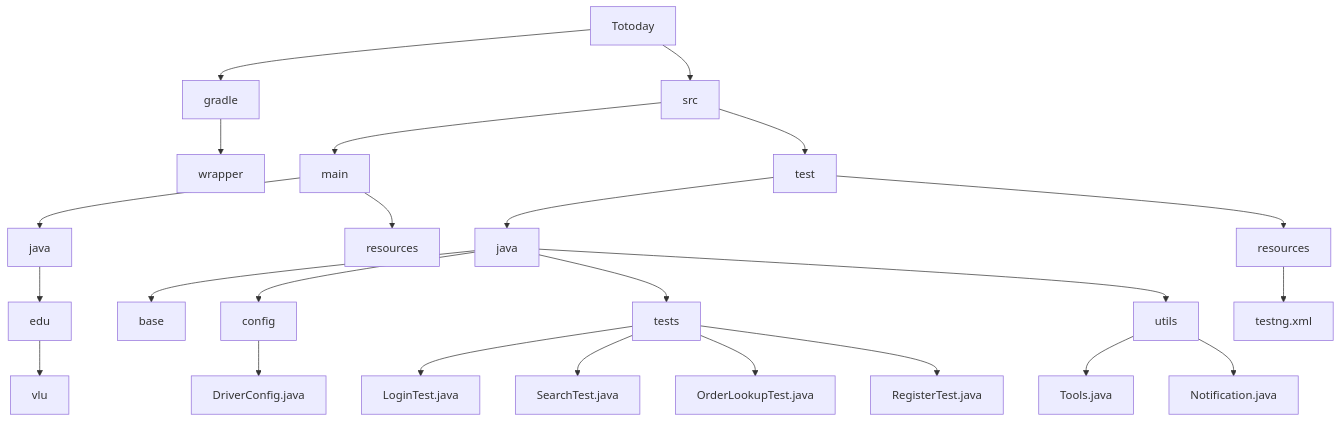
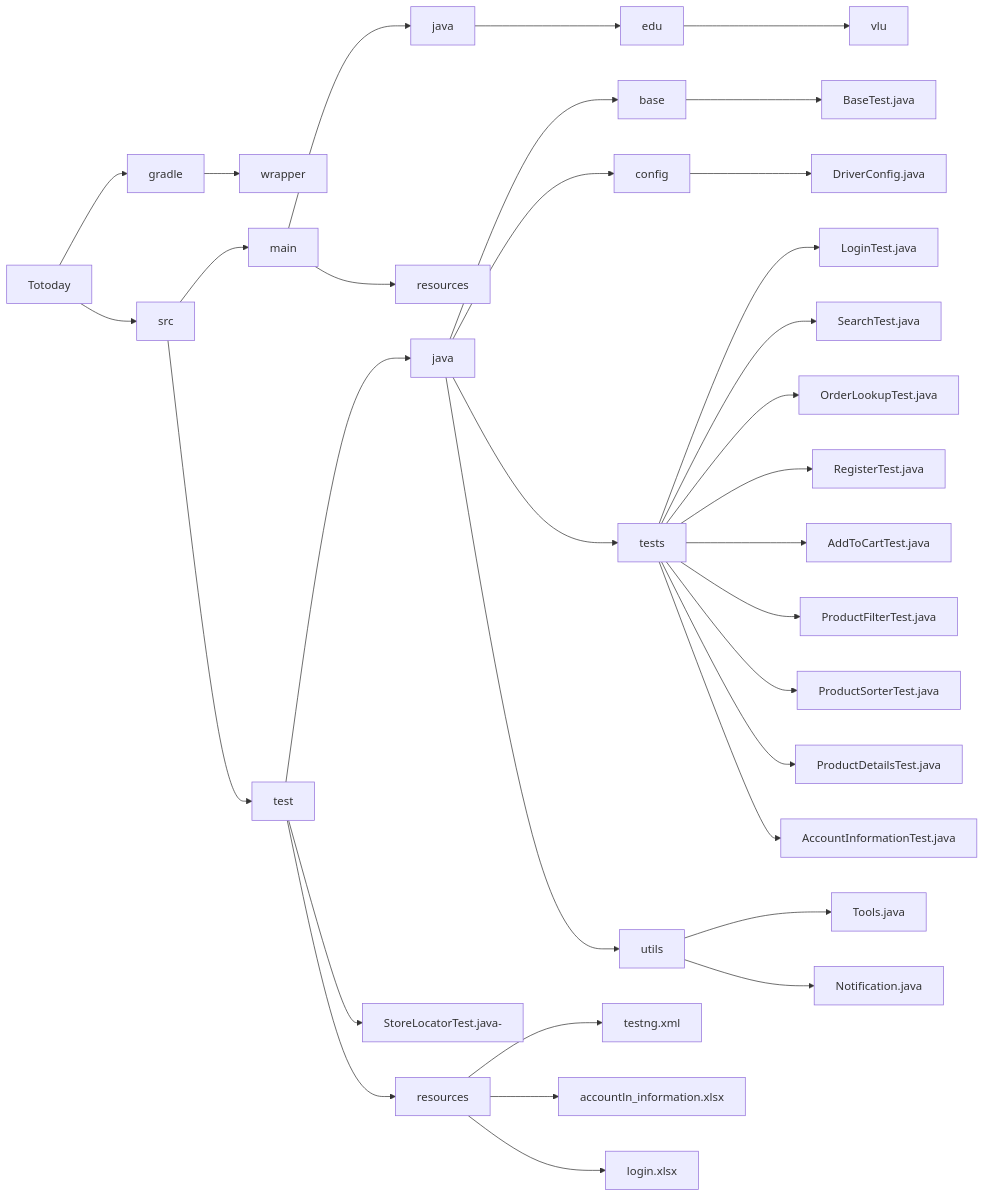
One commit to shinki04/TotodayWebTesting changed the diagram in README.md. Above: the diagram before and after it, drawn with Mermaid. The commit also changed other lines of this file, not shown here.

````diff
--- a/README.md
+++ b/README.md
@@ -1,29 +2,38 @@
 ```mermaid
-graph TD;
+graph LR;
     D[Totoday]
     D --> gradle;
     gradle --> wrapper;
     
     D --> src;
     src --> main;
     main --> java;
     java --> edu;
     edu --> vlu;
     main --> resources;
     
     src --> test;
     test --> java_test["java"];
     java_test --> base;
+    base --> BaseTest.java;
     java_test --> config;
     config --> DriverConfig.java
     java_test --> tests;
-    tests --> LoginTest.java
-    tests --> SearchTest.java
-    tests --> OrderLookupTest.java
-    tests --> RegisterTest.java
+    tests --> LoginTest.java;
+    tests --> SearchTest.java;
+    tests --> OrderLookupTest.java;
+    tests --> RegisterTest.java;
+    tests --> AddToCartTest.java;
+    tests --> ProductFilterTest.java;
+    tests --> ProductSorterTest.java;
+    tests --> ProductDetailsTest.java;
+    test --> StoreLocatorTest.java-
+    tests --> AccountInformationTest.java;
     java_test --> utils;
     utils --> Tools.java
     utils --> Notification.java
     test --> resources_test["resources"];
     resources_test --> testng.xml
+    resources_test -->accountln_information.xlsx;
+    resources_test --> login.xlsx;
 ```
````
